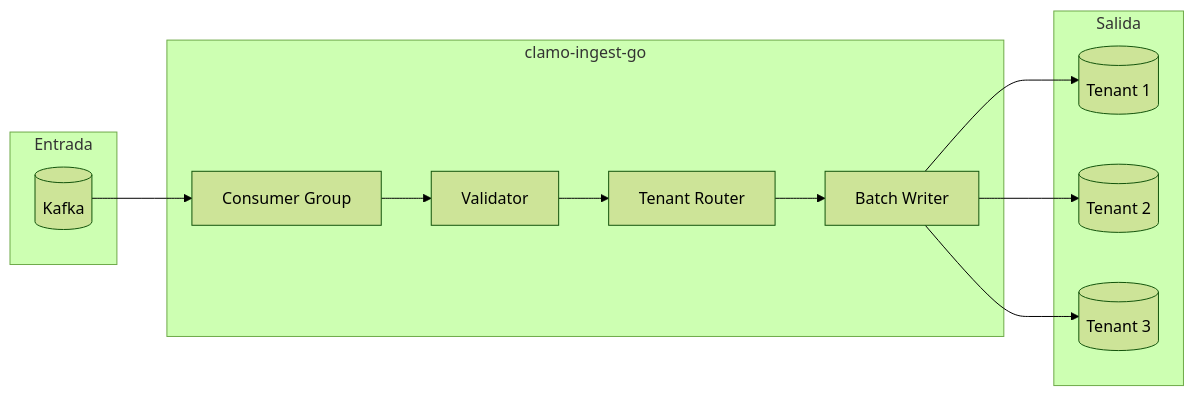
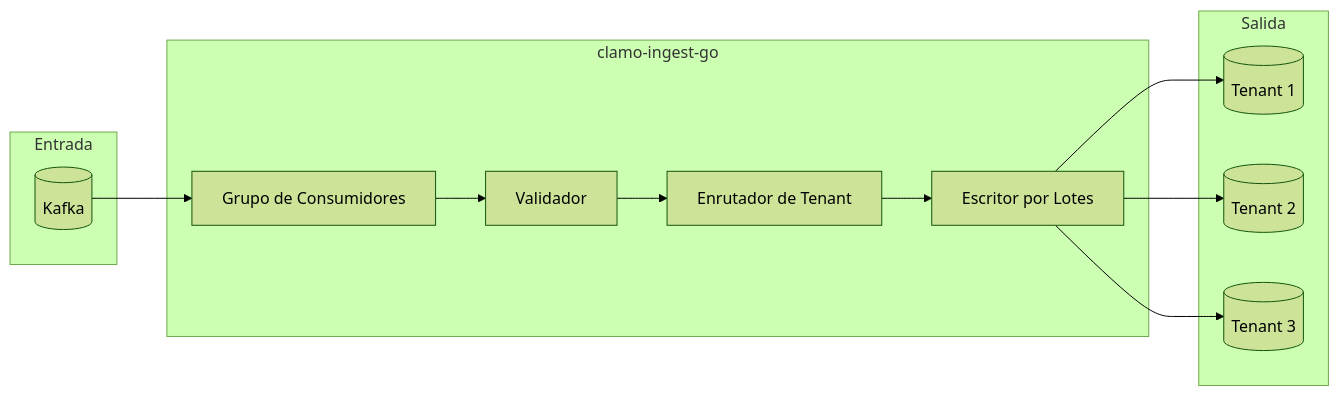
One commit to GetClamo/docs changed the diagram in es/servicios/clamo-ingest-go.mdx. Above: the diagram before and after it, drawn with Mermaid (forest theme). The commit also changed other lines of this file and 28 other files, not shown here.

````diff
--- a/es/servicios/clamo-ingest-go.mdx
+++ b/es/servicios/clamo-ingest-go.mdx
@@ -21,27 +21,27 @@
 ```mermaid
 flowchart LR
     subgraph Input [Entrada]
         Kafka[(Kafka)]
     end
     
     subgraph Worker [clamo-ingest-go]
-        Consumer[Consumer Group]
-        Validator[Validator]
-        Router[Tenant Router]
-        BatchWriter[Batch Writer]
+        Consumer[Grupo de Consumidores]
+        Validator[Validador]
+        Router[Enrutador de Tenant]
+        BatchWriter[Escritor por Lotes]
     end
     
     subgraph Output [Salida]
         T1[(Tenant 1)]
         T2[(Tenant 2)]
         T3[(Tenant 3)]
     end
     
     Kafka --> Consumer
     Consumer --> Validator
     Validator --> Router
     Router --> BatchWriter
     BatchWriter --> T1
     BatchWriter --> T2
     BatchWriter --> T3
 ```
````
